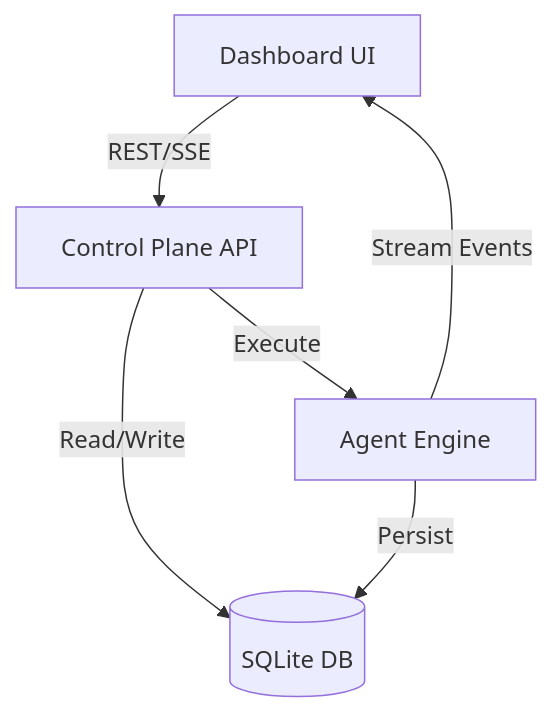
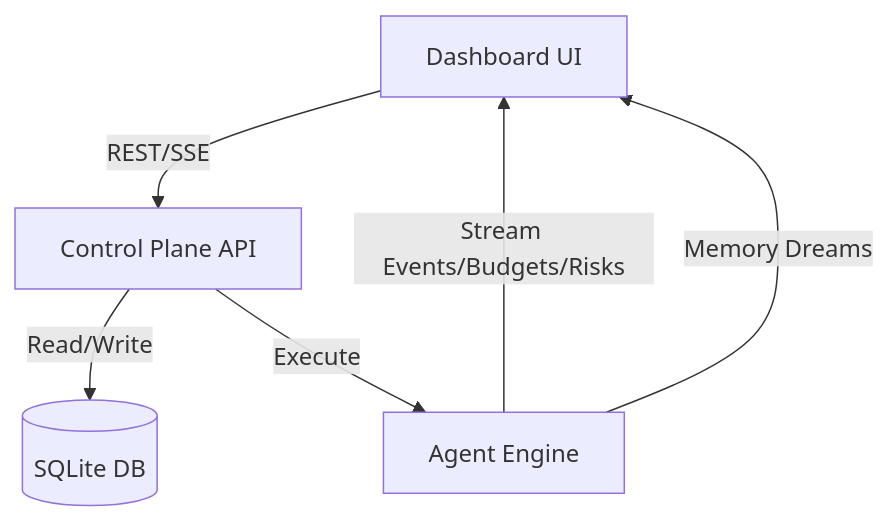
Before and after one commit to aniketpitre/Custom-Harness-Engine: the diagram in docs/harness_dashboard_architecture.md, drawn with Mermaid. The commit also changed other lines of this file, not shown here.

Commit message:
docs: update architecture plan with harness-unique features

````diff
--- a/docs/harness_dashboard_architecture.md
+++ b/docs/harness_dashboard_architecture.md
@@ -29,8 +19,8 @@
 ```mermaid
 graph TD
     UI[Dashboard UI] -->|REST/SSE| API[Control Plane API]
     API -->|Read/Write| DB[(SQLite DB)]
     API -->|Execute| AE[Agent Engine]
-    AE -->|Stream Events| UI
-    AE -->|Persist| DB
+    AE -->|Stream Events/Budgets/Risks| UI
+    AE -->|Memory Dreams| UI
 ```
````
